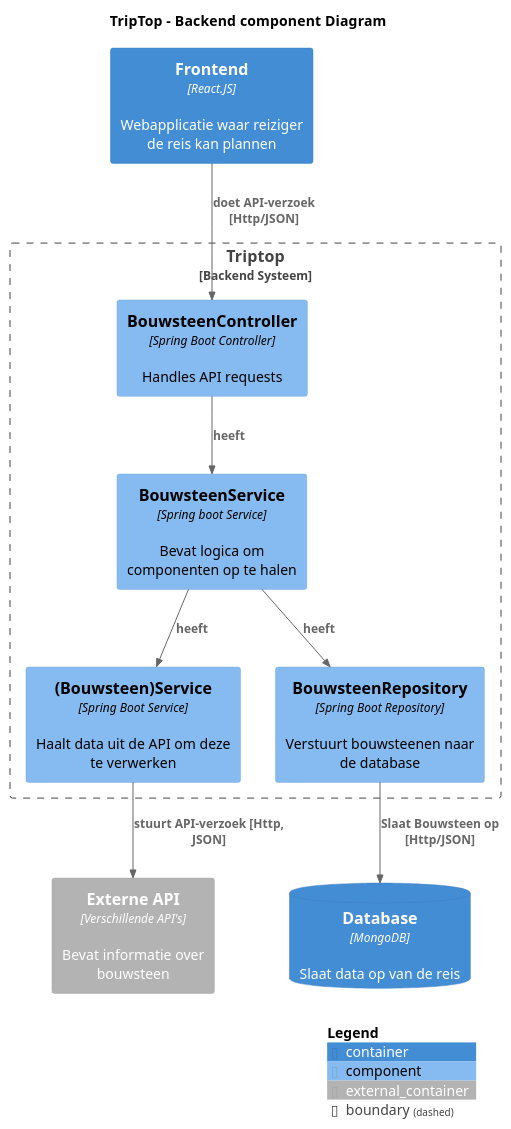
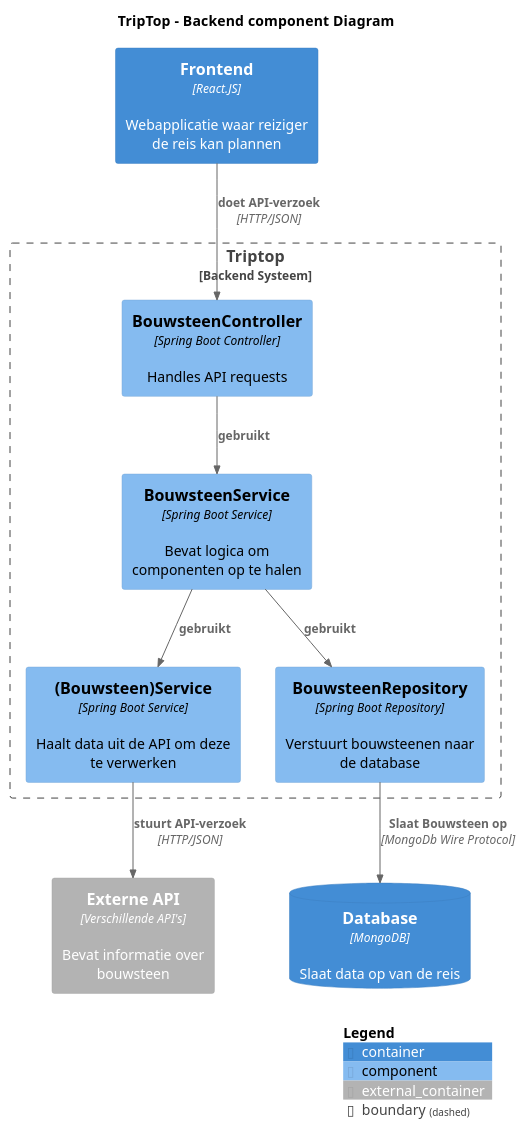
One commit to AIM-ENE-feb25/triptop-groep-1-met-third-wheel changed the diagram in individueel/diagram/component/Rianne-TripTopComponentDiagram.puml. Above: the diagram before and after it, drawn with PlantUML. The commit also changed 1 other file, not shown here.

```diff
--- a/individueel/diagram/component/Rianne-TripTopComponentDiagram.puml
+++ b/individueel/diagram/component/Rianne-TripTopComponentDiagram.puml
@@ -1,24 +1,24 @@
 @startuml
 !include <C4/C4_Component>
 
 title TripTop -  Backend component Diagram
 Boundary(system, "Triptop", "Backend Systeem"){
-    Component(service, "BouwsteenService", "Spring boot Service", "Bevat logica om componenten op te halen")
+    Component(service, "BouwsteenService", "Spring Boot Service", "Bevat logica om componenten op te halen")
     Component(apiService, "(Bouwsteen)Service", "Spring Boot Service", "Haalt data uit de API om deze te verwerken")
     Component(controller, "BouwsteenController","Spring Boot Controller", "Handles API requests")
     Component(repo, "BouwsteenRepository", Spring Boot Repository, "Verstuurt bouwsteenen naar de database")
 
 }
 
 
 Container(frontend, "Frontend", "React.JS", "Webapplicatie waar reiziger de reis kan plannen")
 ContainerDb(db, "Database", "MongoDB" ,Slaat data op van de reis)
 Container_Ext(api, "Externe API", "Verschillende API's", "Bevat informatie over bouwsteen")
-Rel(repo, db, "Slaat Bouwsteen op [Http/JSON]")
-Rel(frontend, controller, "doet API-verzoek [Http/JSON]")
-Rel(controller, service, "heeft")
-Rel(service, apiService, "heeft")
-Rel(service, repo, "heeft")
-Rel(apiService, api, "stuurt API-verzoek [Http, JSON]")
+Rel(repo, db, Slaat Bouwsteen op, MongoDb Wire Protocol)
+Rel(frontend, controller, doet API-verzoek, HTTP/JSON)
+Rel(controller, service, "gebruikt")
+Rel(service, apiService, "gebruikt")
+Rel(service, repo, "gebruikt")
+Rel(apiService, api, stuurt API-verzoek, HTTP/JSON)
 SHOW_LEGEND()
 @enduml
```
